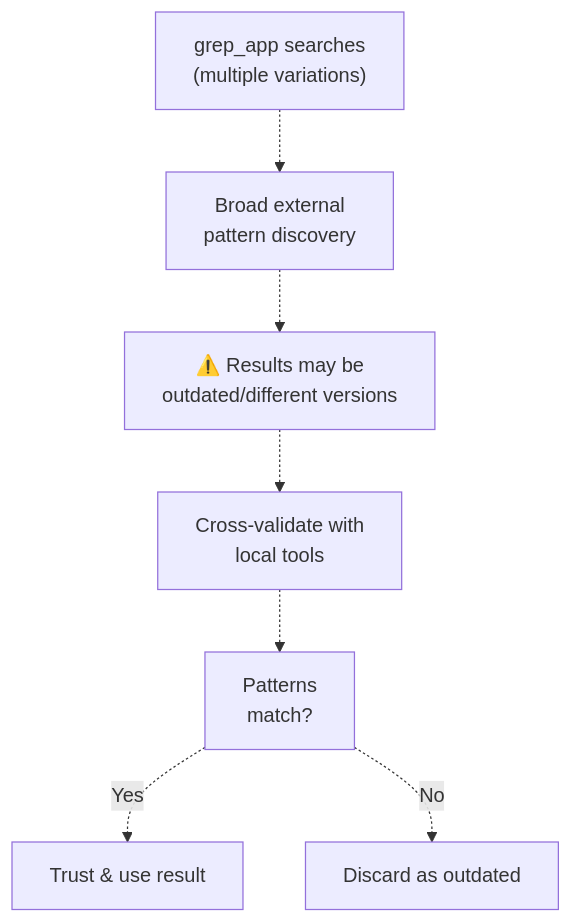
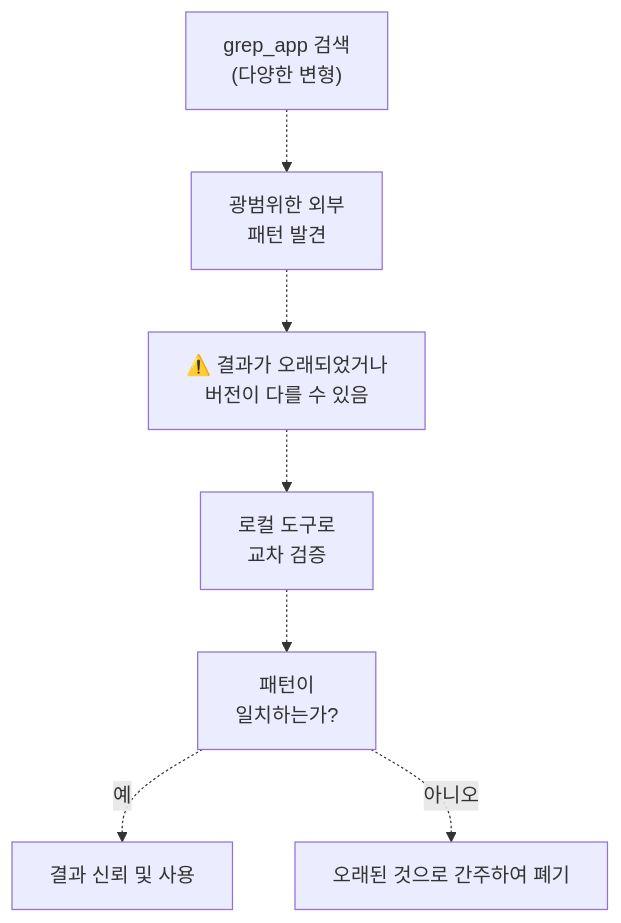
One commit to felipetruman/oh-my-opencode-docs changed the third of 7 diagrams in docs/agents/explore-agent.md. Above: the diagram before and after it, drawn with Mermaid. The commit also changed other lines of this file and 76 other files, not shown here.

````diff
--- a/docs/agents/explore-agent.md
+++ b/docs/agents/explore-agent.md
@@ -140,18 +140,18 @@
 ```mermaid
 flowchart TD
 
-GrepApp["grep_app searches<br>(multiple variations)"]
-BroadResults["Broad external<br>pattern discovery"]
-Warning["⚠️ Results may be<br>outdated/different versions"]
-LocalValidation["Cross-validate with<br>local tools"]
-Decision["Patterns<br>match?"]
-TrustResult["Trust & use result"]
-DiscardResult["Discard as outdated"]
+GrepApp["grep_app 검색<br>(다양한 변형)"]
+BroadResults["광범위한 외부<br>패턴 발견"]
+Warning["⚠️ 결과가 오래되었거나<br>버전이 다를 수 있음"]
+LocalValidation["로컬 도구로<br>교차 검증"]
+Decision["패턴이<br>일치하는가?"]
+TrustResult["결과 신뢰 및 사용"]
+DiscardResult["오래된 것으로 간주하여 폐기"]
 
 GrepApp -.-> BroadResults
 BroadResults -.-> Warning
 Warning -.-> LocalValidation
 LocalValidation -.-> Decision
-Decision -.->|"Yes"| TrustResult
-Decision -.->|"No"| DiscardResult
+Decision -.->|"예"| TrustResult
+Decision -.->|"아니오"| DiscardResult
 ```
````
